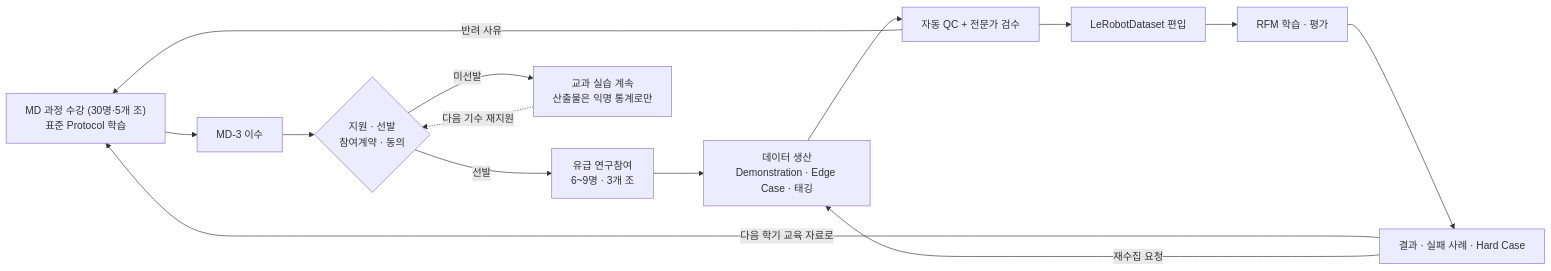
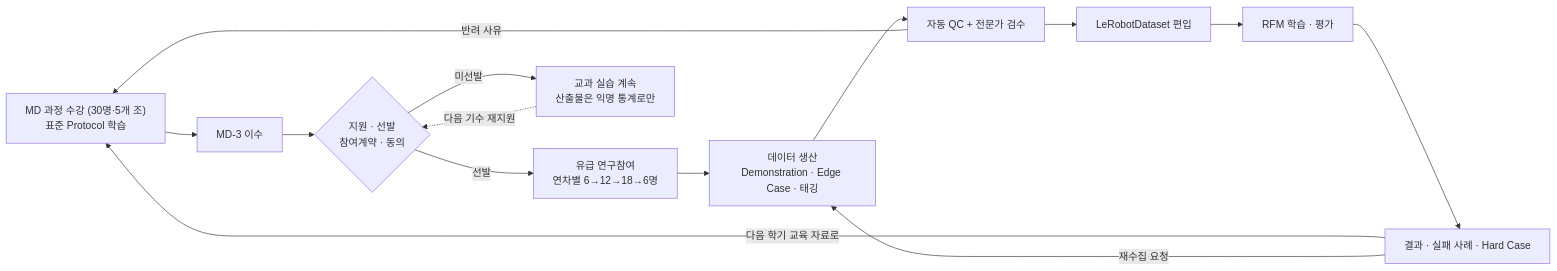
Before and after one commit to parclab-hsu/parclab-hsu.github.io: the fifth of 10 diagrams in homepage-src/docs/projects/manufacturing-data-factory-rfm/technical.md, drawn with Mermaid. The commit also changed other lines of this file and 8 other files, not shown here.

````diff
--- a/homepage-src/docs/projects/manufacturing-data-factory-rfm/technical.md
+++ b/homepage-src/docs/projects/manufacturing-data-factory-rfm/technical.md
@@ -547,16 +572,16 @@
 ```mermaid
 flowchart LR
     EDU["MD 과정 수강 (30명·5개 조)<br/>표준 Protocol 학습"] --> MD3["MD-3 이수"]
     MD3 --> GATE{"지원 · 선발<br/>참여계약 · 동의"}
-    GATE -->|선발| PAID["유급 연구참여<br/>6~9명 · 3개 조"]
+    GATE -->|선발| PAID["유급 연구참여<br/>연차별 6→12→18→6명"]
     GATE -->|미선발| EDUONLY["교과 실습 계속<br/>산출물은 익명 통계로만"]
     PAID --> COLLECT["데이터 생산<br/>Demonstration · Edge Case · 태깅"]
     COLLECT --> QC["자동 QC + 전문가 검수"]
     QC --> DATASET["LeRobotDataset 편입"]
     DATASET --> TRAIN["RFM 학습 · 평가"]
     TRAIN --> RESULT["결과 · 실패 사례 · Hard Case"]
     RESULT -->|다음 학기 교육 자료로| EDU
     RESULT -->|재수집 요청| COLLECT
     QC -->|반려 사유| EDU
     EDUONLY -.->|다음 기수 재지원| GATE
 ```
````
